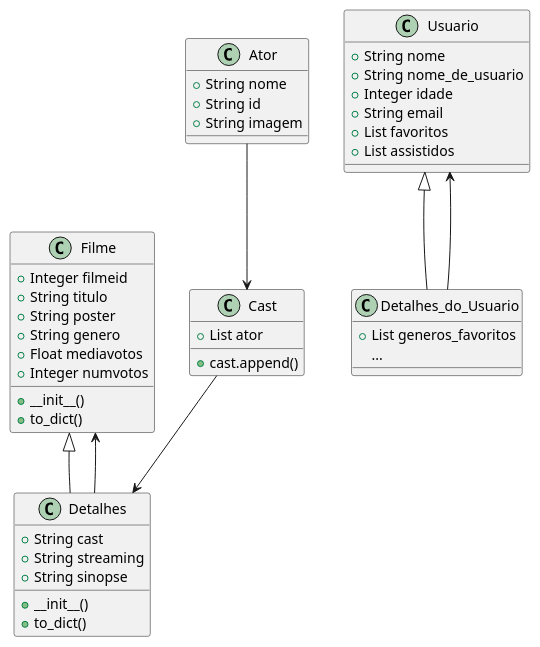
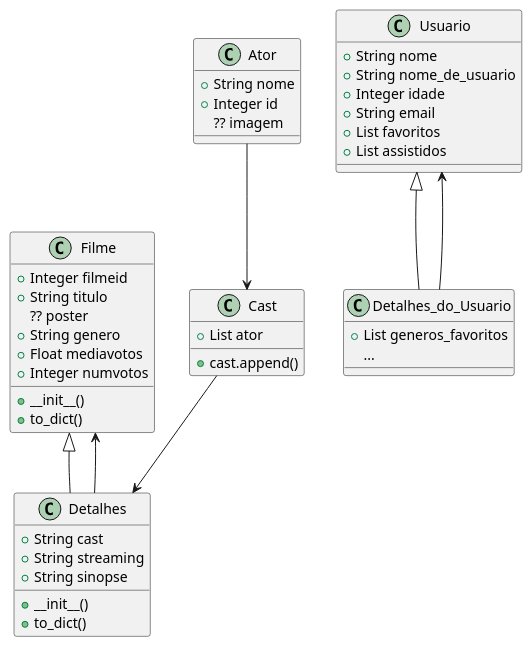
One commit to isadora-yasmim/ms_20242_g3 changed the diagram in diagrama_de_classes.plantuml. Above: the diagram before and after it, drawn with PlantUML.

```diff
--- a/diagrama_de_classes.plantuml
+++ b/diagrama_de_classes.plantuml
@@ -1,54 +1,54 @@
 @startuml Diagrama_de_Classses_KlimaX
         class Filme {
                 +Integer filmeid
                 +String titulo
-                +String poster
+                ?? poster
                 +String genero
                 +Float mediavotos
                 +Integer numvotos
 
                 +__init__()
                 +to_dict()
         }
 
         class Detalhes extends Filme {
                 +String cast
                 +String streaming
                 +String sinopse
 
                 +__init__()
                 +to_dict()
         }
 
         class Cast{
                 +List ator
                 +cast.append()
         }
 
         class Ator {
                 +String nome
-                +String id 
-                +String imagem
+                +Integer id 
+                ?? imagem
         }
 
         class Usuario {
                 +String nome
                 +String nome_de_usuario
                 +Integer idade 
                 +String email
                 +List favoritos
                 +List assistidos
         }
 
         class Detalhes_do_Usuario extends Usuario {
                 +List generos_favoritos
                 ...
                 
         }
 
         Detalhes --> Filme
         Cast --> Detalhes
         Ator --> Cast
         Detalhes_do_Usuario --> Usuario
 
 @enduml
```
